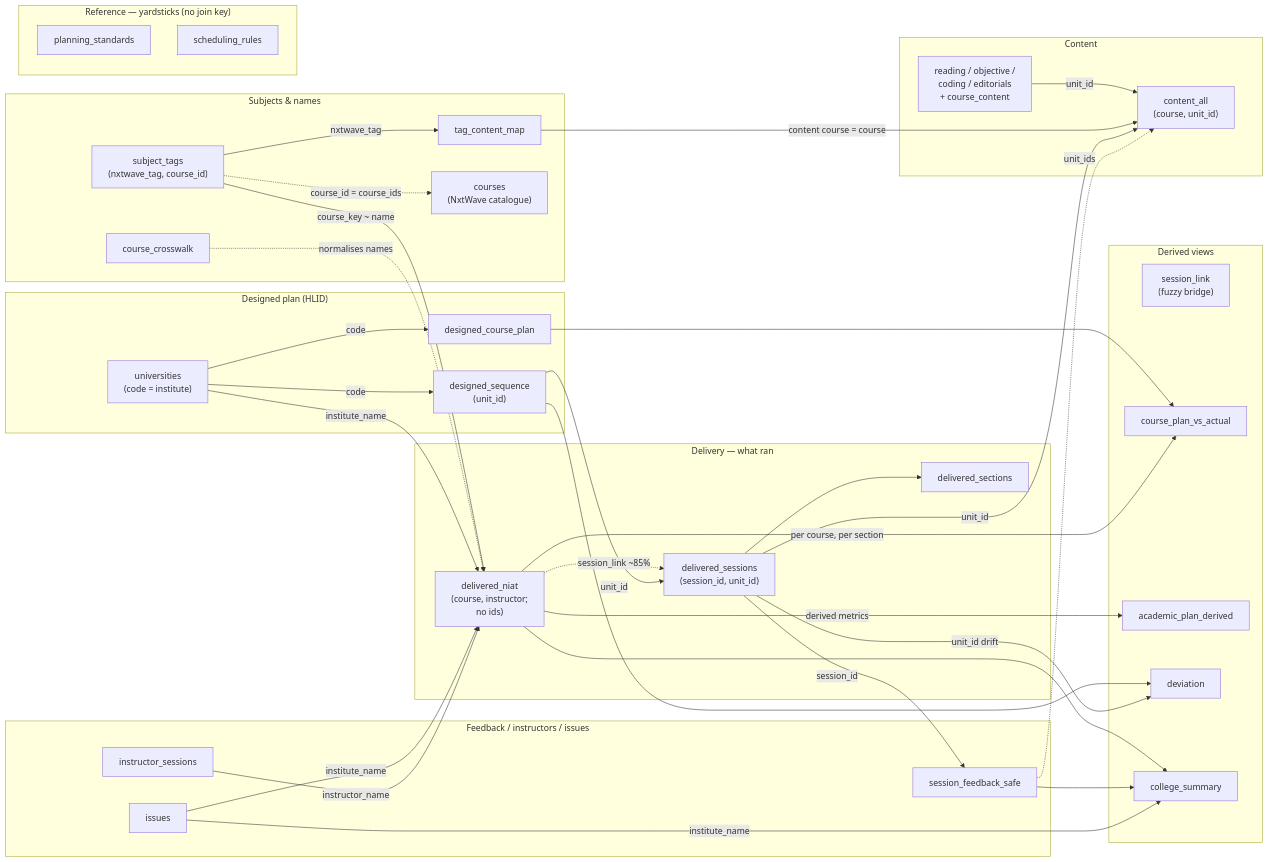
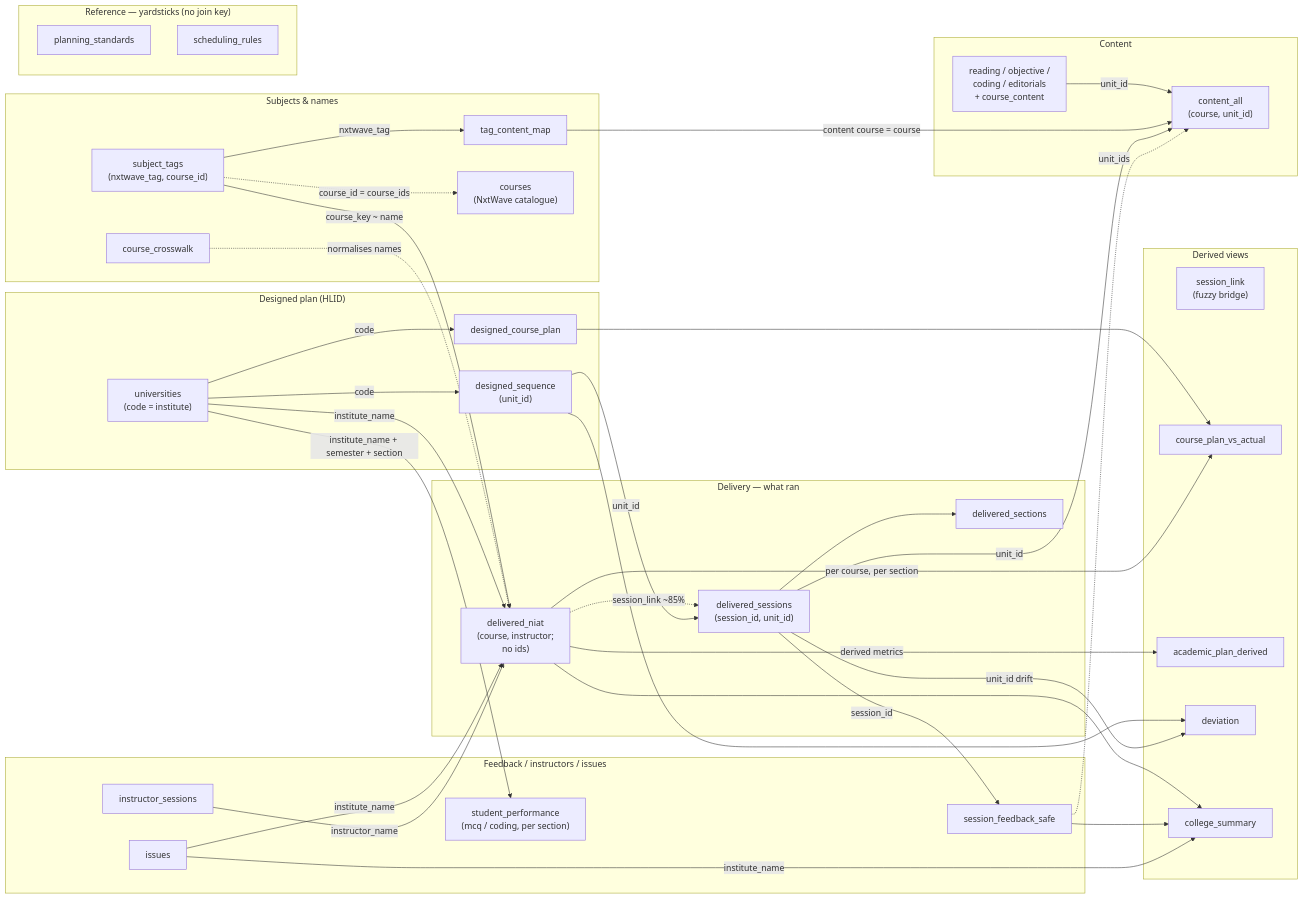
Before and after one commit to Ganeshreddy-nxtwave/Academic-intelligence-: the diagram in docs/data-linkage.md, drawn with Mermaid. The commit also changed other lines of this file and 8 other files, not shown here.

First line of the commit message:
feat(performance): add Student Performance (MCQ & coding) as a linked dataset

````diff
--- a/docs/data-linkage.md
+++ b/docs/data-linkage.md
@@ -23,65 +24,67 @@
 ```mermaid
 flowchart LR
   subgraph SUBJ["Subjects & names"]
     ST["subject_tags<br/>(nxtwave_tag, course_id)"]
     TCM["tag_content_map"]
     XW["course_crosswalk"]
     CO["courses<br/>(NxtWave catalogue)"]
   end
   subgraph CONTENT["Content"]
     RAW["reading / objective /<br/>coding / editorials<br/>+ course_content"]
     CA["content_all<br/>(course, unit_id)"]
   end
   subgraph DELIV["Delivery — what ran"]
     DN["delivered_niat<br/>(course, instructor;<br/>no ids)"]
     DS["delivered_sessions<br/>(session_id, unit_id)"]
     DSEC["delivered_sections"]
   end
   subgraph DESIGN["Designed plan (HLID)"]
     U["universities<br/>(code = institute)"]
     DCP["designed_course_plan"]
     DSEQ["designed_sequence<br/>(unit_id)"]
   end
   subgraph SIGNAL["Feedback / instructors / issues"]
     FB["session_feedback_safe"]
     INS["instructor_sessions"]
     ISS["issues"]
+    SP["student_performance<br/>(mcq / coding, per section)"]
   end
   subgraph DERIVED["Derived views"]
     SL["session_link<br/>(fuzzy bridge)"]
     CPA["course_plan_vs_actual"]
     APD["academic_plan_derived"]
     DEV["deviation"]
     CS["college_summary"]
   end
   subgraph REF["Reference — yardsticks (no join key)"]
     PS["planning_standards"]
     SR["scheduling_rules"]
   end
 
   RAW -->|unit_id| CA
   ST -->|nxtwave_tag| TCM
   ST -.->|course_id = course_ids| CO
   TCM -->|content course = course| CA
   ST -->|course_key ~ name| DN
   U -->|institute_name| DN
   U -->|code| DCP
   U -->|code| DSEQ
   DN -.->|session_link ~85%| DS
   DS -->|unit_id| CA
   DS -->|session_id| FB
   FB -.->|unit_ids| CA
   DSEQ -->|unit_id| DS
   DCP --> CPA
   DN -->|per course, per section| CPA
   DSEQ --> DEV
   DS -->|unit_id drift| DEV
   DN -->|derived metrics| APD
   DN --> CS
   FB --> CS
   ISS -->|institute_name| CS
   ISS -->|institute_name| DN
   INS -->|instructor_name| DN
+  U -->|institute_name + semester + section| SP
   DS --> DSEC
   XW -.->|normalises names| DN
 ```
````
